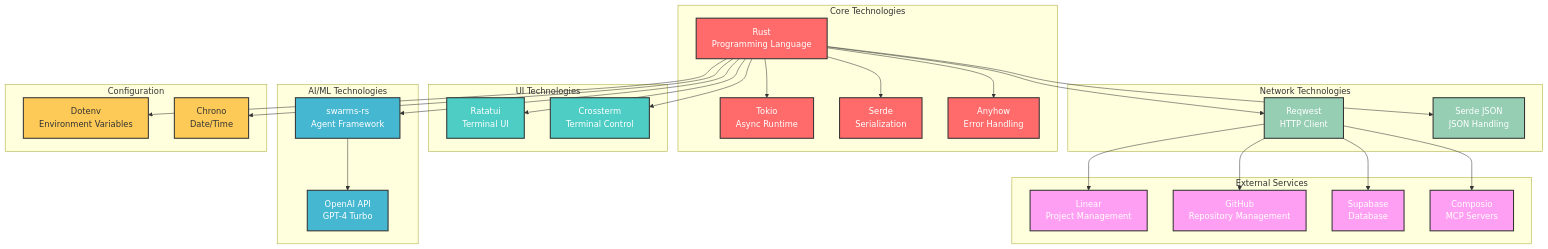
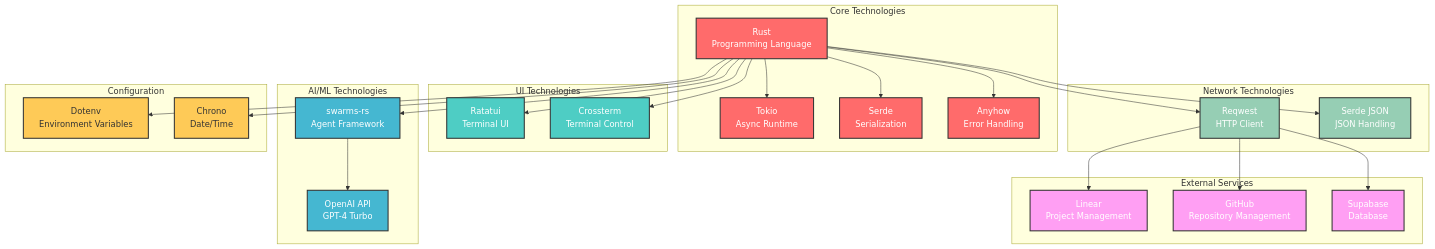
The third of 5 diagrams in ARCHITECTURE.md (rohittcodes/codepilot), drawn with Mermaid before and after one commit. The commit also changed other lines of this file and 22 other files, not shown here.

First line of the commit message:
Phase 1: repoint to single code-task flow + Phase 2 slice 1: tsc verification gate

````diff
--- a/ARCHITECTURE.md
+++ b/ARCHITECTURE.md
@@ -202,76 +202,74 @@
 ```mermaid
 graph TB
     %% Core Technologies
     subgraph "Core Technologies"
         Rust[Rust<br/>Programming Language]
         Tokio[Tokio<br/>Async Runtime]
         Serde[Serde<br/>Serialization]
         Anyhow[Anyhow<br/>Error Handling]
     end
 
     %% UI Technologies
     subgraph "UI Technologies"
         Ratatui[Ratatui<br/>Terminal UI]
         Crossterm[Crossterm<br/>Terminal Control]
     end
 
     %% AI/ML Technologies
     subgraph "AI/ML Technologies"
         Swarms[swarms-rs<br/>Agent Framework]
         OpenAI[OpenAI API<br/>GPT-4 Turbo]
     end
 
     %% Network Technologies
     subgraph "Network Technologies"
         Reqwest[Reqwest<br/>HTTP Client]
         SerdeJson[Serde JSON<br/>JSON Handling]
     end
 
     %% Configuration Technologies
     subgraph "Configuration"
         Dotenv[Dotenv<br/>Environment Variables]
         Chrono[Chrono<br/>Date/Time]
     end
 
     %% External Services
     subgraph "External Services"
         Linear[Linear<br/>Project Management]
         GitHub[GitHub<br/>Repository Management]
         Supabase[Supabase<br/>Database]
-        Composio[Composio<br/>MCP Servers]
     end
 
     %% Dependencies
     Rust --> Tokio
     Rust --> Serde
     Rust --> Anyhow
     Rust --> Ratatui
     Rust --> Crossterm
     Rust --> Swarms
     Rust --> Reqwest
     Rust --> SerdeJson
     Rust --> Dotenv
     Rust --> Chrono
 
     %% Service Connections
     Swarms --> OpenAI
     Reqwest --> Linear
     Reqwest --> GitHub
     Reqwest --> Supabase
-    Reqwest --> Composio
 
     %% Styling
     classDef coreTech fill:#ff6b6b,stroke:#333,stroke-width:2px,color:#fff
     classDef uiTech fill:#4ecdc4,stroke:#333,stroke-width:2px,color:#fff
     classDef aiTech fill:#45b7d1,stroke:#333,stroke-width:2px,color:#fff
     classDef networkTech fill:#96ceb4,stroke:#333,stroke-width:2px,color:#fff
     classDef configTech fill:#feca57,stroke:#333,stroke-width:2px,color:#333
     classDef externalService fill:#ff9ff3,stroke:#333,stroke-width:2px,color:#fff
 
     class Rust,Tokio,Serde,Anyhow coreTech
     class Ratatui,Crossterm uiTech
     class Swarms,OpenAI aiTech
     class Reqwest,SerdeJson networkTech
     class Dotenv,Chrono configTech
-    class Linear,GitHub,Supabase,Composio externalService
+    class Linear,GitHub,Supabase externalService
 ```
````
